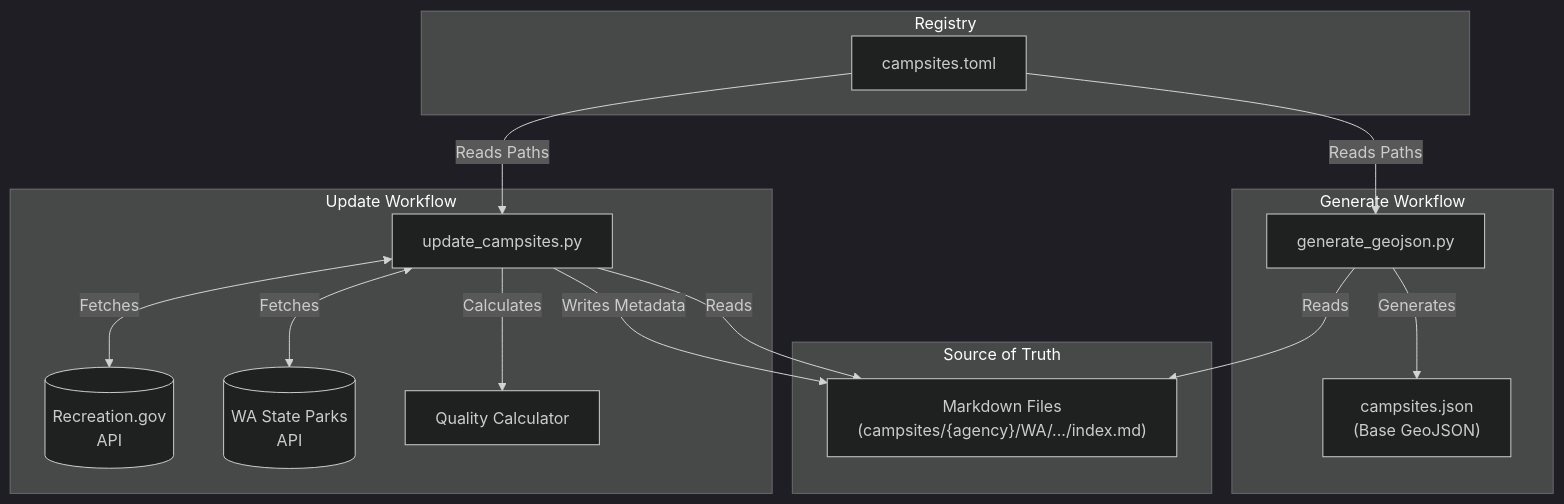
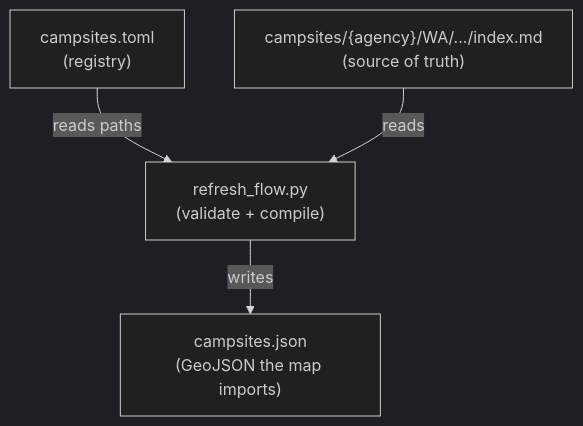
One commit to robogeosociety/robot-geographical-society changed the diagram in data/README.md. Above: the diagram before and after it, drawn with Mermaid (dark theme). The commit also changed other lines of this file and 18 other files, not shown here.

````diff
--- a/data/README.md
+++ b/data/README.md
@@ -9,31 +17,6 @@
 ```mermaid
 graph TD
-    subgraph Registry["Registry"]
-        TOML["campsites.toml"]
-    end
-
-    subgraph Source["Source of Truth"]
-        MD["Markdown Files<br/>(campsites/{agency}/WA/.../index.md)"]
-    end
-
-    subgraph UpdateWorkflow["Update Workflow"]
-        Updater["update_campsites.py"]
-        RecGov[("Recreation.gov<br/>API")]
-        WAParks[("WA State Parks<br/>API")]
-        Quality["Quality Calculator"]
-        
-        TOML -->|Reads Paths| Updater
-        Updater -->|Reads| MD
-        Updater <-->|Fetches| RecGov
-        Updater <-->|Fetches| WAParks
-        Updater -->|Calculates| Quality
-        Updater -->|Writes Metadata| MD
-    end
-
-    subgraph GenerateWorkflow["Generate Workflow"]
-        Sync["generate_geojson.py"]
-        TOML -->|Reads Paths| Sync
-        Sync -->|Reads| MD
-        Sync -->|Generates| JSON["campsites.json<br/>(Base GeoJSON)"]
-    end
+    TOML["campsites.toml<br/>(registry)"] -->|reads paths| Refresh["refresh_flow.py<br/>(validate + compile)"]
+    MD["campsites/{agency}/WA/.../index.md<br/>(source of truth)"] -->|reads| Refresh
+    Refresh -->|writes| JSON["campsites.json<br/>(GeoJSON the map imports)"]
 ```
````
